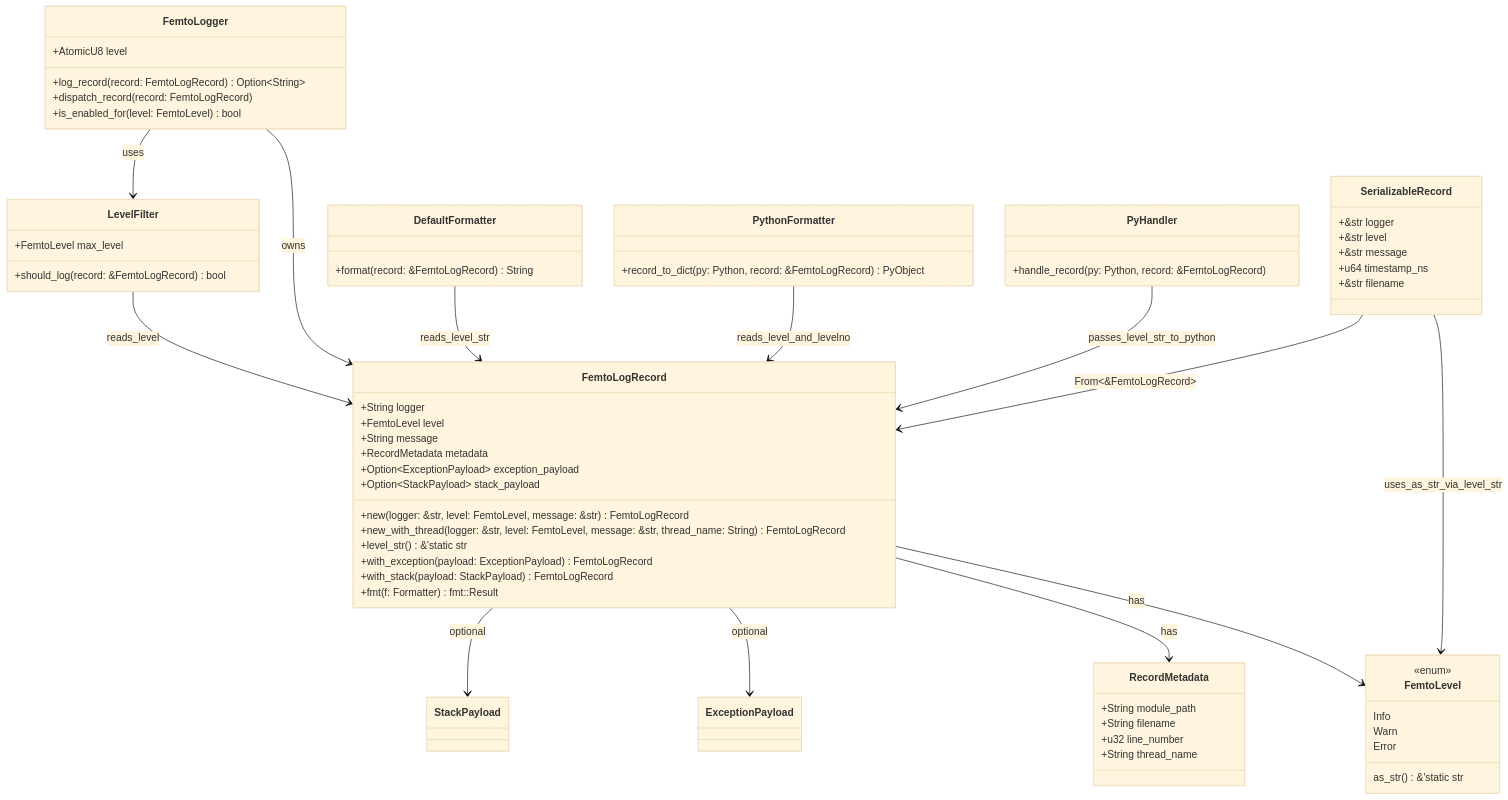
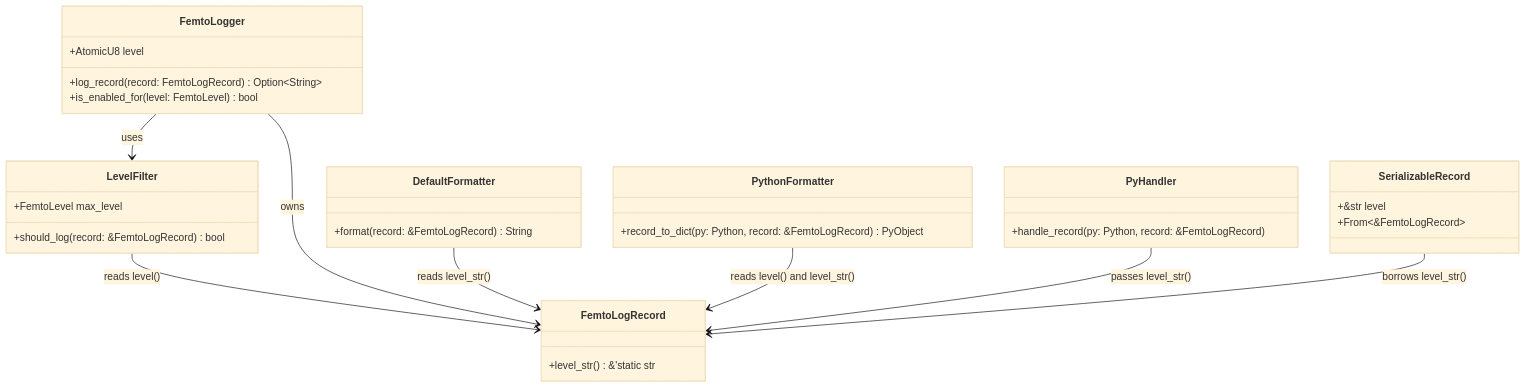
One commit to leynos/femtologging changed the third of 3 diagrams in docs/rust-extension.md. Above: the diagram before and after it, drawn with Mermaid (base theme). The commit also changed 2 other files, not shown here.

Commit message:
Split class diagram and add zero-copy HTTP serialization
Address PR review comments:

1. Split the Mermaid class diagram in docs/rust-extension.md into two
   focused diagrams:
   - Figure 1: Core record structure (FemtoLogRecord, FemtoLevel,
     RecordMetadata, payloads)
   - Figure 2: Consumer relationships (filters, loggers, formatters,
     handlers, serializers)

2. Add zero-copy serialization for HTTP handler to avoid allocations:
   - Create HttpSerializableRecord struct that borrows from FemtoLogRecord
   - The levelname field holds &'static str directly from level_str()
   - Implement custom Serialize for both full and filtered output
   - Replace build_full_map/filter_fields with direct serialization
   - Also optimize URL-encoded path to use the same zero-copy struct

The serialise.rs file is now 389 lines (under 400-line limit).

🤖 Generated with [Claude Code](https://claude.com/claude-code)

````diff
--- a/docs/rust-extension.md
+++ b/docs/rust-extension.md
@@ -141,36 +184,7 @@
 ```mermaid
 classDiagram
-    class FemtoLevel {
-        <<enum>>
-        Info
-        Warn
-        Error
-        as_str() &'static str
-    }
-
-    class RecordMetadata {
-        +String module_path
-        +String filename
-        +u32 line_number
-        +String thread_name
-    }
-
-    class ExceptionPayload
-    class StackPayload
-
     class FemtoLogRecord {
-        +String logger
-        +FemtoLevel level
-        +String message
-        +RecordMetadata metadata
-        +Option~ExceptionPayload~ exception_payload
-        +Option~StackPayload~ stack_payload
-        +new(logger: &str, level: FemtoLevel, message: &str) FemtoLogRecord
-        +new_with_thread(logger: &str, level: FemtoLevel, message: &str, thread_name: String) FemtoLogRecord
         +level_str() &'static str
-        +with_exception(payload: ExceptionPayload) FemtoLogRecord
-        +with_stack(payload: StackPayload) FemtoLogRecord
-        +fmt(f: Formatter) fmt::Result
     }
 
     class LevelFilter {
@@ -181,7 +195,6 @@
     class FemtoLogger {
         +AtomicU8 level
         +log_record(record: FemtoLogRecord) Option~String~
-        +dispatch_record(record: FemtoLogRecord)
         +is_enabled_for(level: FemtoLevel) bool
     }
 
@@ -198,27 +211,17 @@
     }
 
     class SerializableRecord {
-        +&str logger
         +&str level
-        +&str message
-        +u64 timestamp_ns
-        +&str filename
+        +From<&FemtoLogRecord>
     }
 
-    FemtoLogRecord --> FemtoLevel : has
-    FemtoLogRecord --> RecordMetadata : has
-    FemtoLogRecord --> ExceptionPayload : optional
-    FemtoLogRecord --> StackPayload : optional
-
-    LevelFilter --> FemtoLogRecord : reads_level
+    LevelFilter --> FemtoLogRecord : reads level()
     FemtoLogger --> FemtoLogRecord : owns
     FemtoLogger --> LevelFilter : uses
 
-    DefaultFormatter --> FemtoLogRecord : reads_level_str
+    DefaultFormatter --> FemtoLogRecord : reads level_str()
+    PythonFormatter --> FemtoLogRecord : reads level() and level_str()
+    PyHandler --> FemtoLogRecord : passes level_str()
 
-    PythonFormatter --> FemtoLogRecord : reads_level_and_levelno
-    PyHandler --> FemtoLogRecord : passes_level_str_to_python
-
-    SerializableRecord --> FemtoLogRecord : From<&FemtoLogRecord>
-    SerializableRecord --> FemtoLevel : uses_as_str_via_level_str
+    SerializableRecord --> FemtoLogRecord : borrows level_str()
 ```
````
